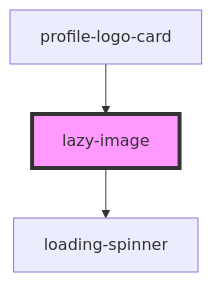
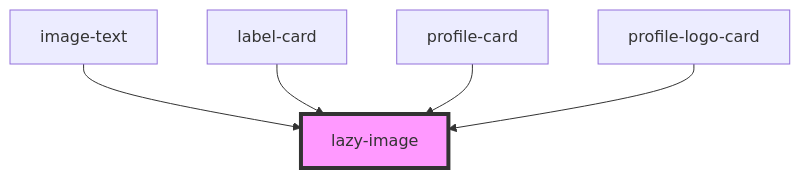
Before and after one commit to dev-kylo/component_library: the diagram in src/components/images/lazy-image/readme.md, drawn with Mermaid. The commit also changed other lines of this file and 27 other files, not shown here.

````diff
--- a/src/components/images/lazy-image/readme.md
+++ b/src/components/images/lazy-image/readme.md
@@ -26,6 +29,8 @@
 ```mermaid
 graph TD;
-  lazy-image --> loading-spinner
+  image-text --> lazy-image
+  label-card --> lazy-image
+  profile-card --> lazy-image
   profile-logo-card --> lazy-image
   style lazy-image fill:#f9f,stroke:#333,stroke-width:4px
 ```
````
